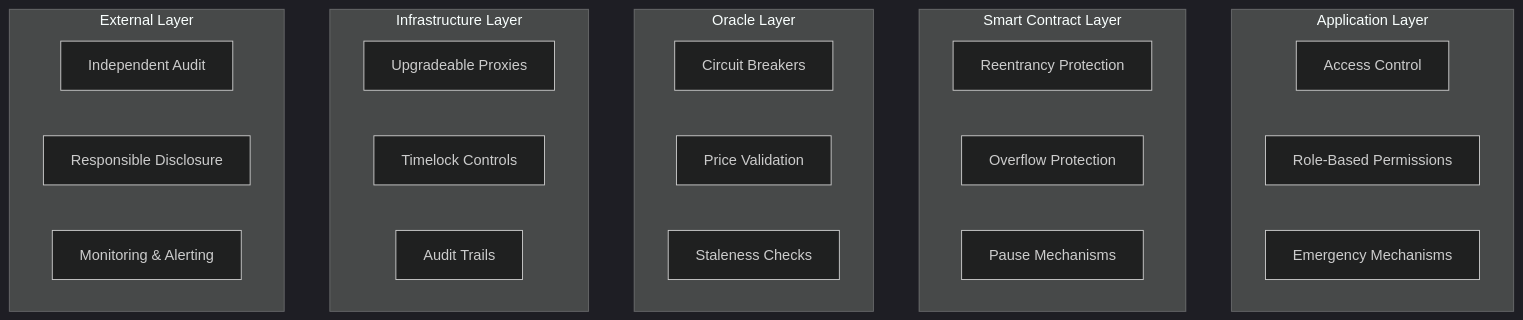
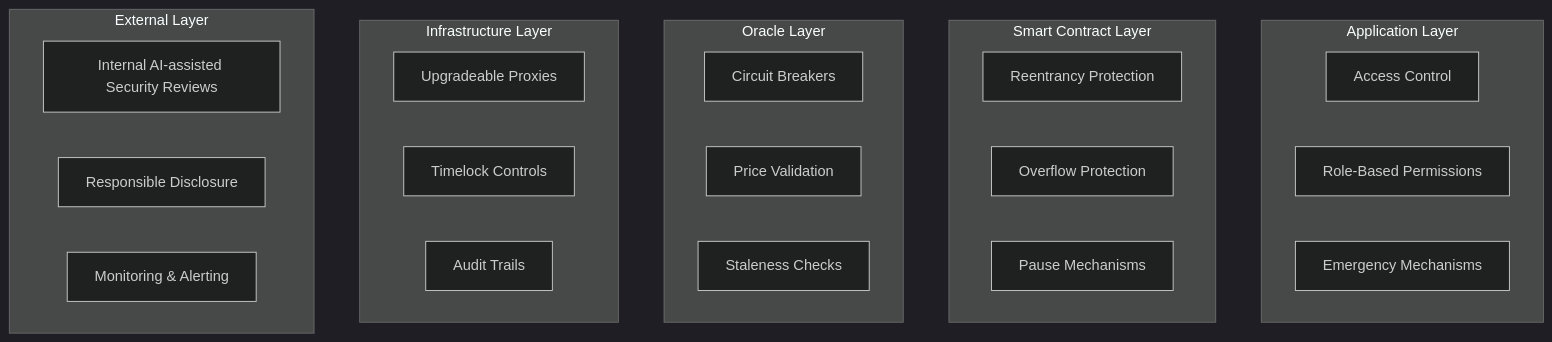
Before and after one commit to Quantillon-Labs/smart-contracts: the diagram in quantillon-protocol/docs/Security.md, drawn with Mermaid (dark theme). The commit also changed other lines of this file, not shown here.

Commit message:
docs(security): correct the Audits paragraph and link the public review log

````diff
--- a/quantillon-protocol/docs/Security.md
+++ b/quantillon-protocol/docs/Security.md
@@ -13,32 +13,32 @@
 ```mermaid
 graph TB
     subgraph "Application Layer"
         AC[Access Control]
         RB[Role-Based Permissions]
         EM[Emergency Mechanisms]
     end
     
     subgraph "Smart Contract Layer"
         RP[Reentrancy Protection]
         OV[Overflow Protection]
         PA[Pause Mechanisms]
     end
     
     subgraph "Oracle Layer"
         CB[Circuit Breakers]
         PV[Price Validation]
         SF[Staleness Checks]
     end
     
     subgraph "Infrastructure Layer"
         UP[Upgradeable Proxies]
         TL[Timelock Controls]
         AU[Audit Trails]
     end
     
     subgraph "External Layer"
-        AE[Independent Audit]
+        AE[Internal AI-assisted Security Reviews]
         BB[Responsible Disclosure]
         MC[Monitoring & Alerting]
     end
 ```
````
